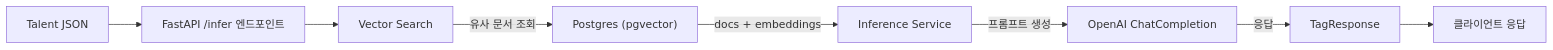
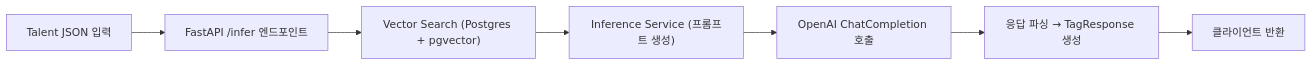
One commit to sevity/AI-BE-technical-assignment changed the diagram in README.md. Above: the diagram before and after it, drawn with Mermaid. The commit also changed other lines of this file and 5 other files, not shown here.

````diff
--- a/README.md
+++ b/README.md
@@ -49,10 +51,9 @@
 ```mermaid
 flowchart LR
-  A["Talent JSON"] --> B["FastAPI /infer 엔드포인트"]
-  B --> C["Vector Search"]
-  C --> |유사 문서 조회| D["Postgres (pgvector)"]
-  D --> |docs + embeddings| E["Inference Service"]
-  E --> |프롬프트 생성| F["OpenAI ChatCompletion"]
-  F --> |응답| G["TagResponse"]
-  G --> H["클라이언트 응답"]
+  A["Talent JSON 입력"] --> B["FastAPI /infer 엔드포인트"]
+  B --> C["Vector Search (Postgres + pgvector)"]
+  C --> D["Inference Service (프롬프트 생성)"]
+  D --> E["OpenAI ChatCompletion 호출"]
+  E --> F["응답 파싱 → TagResponse 생성"]
+  F --> G["클라이언트 반환"]
 ```
````
